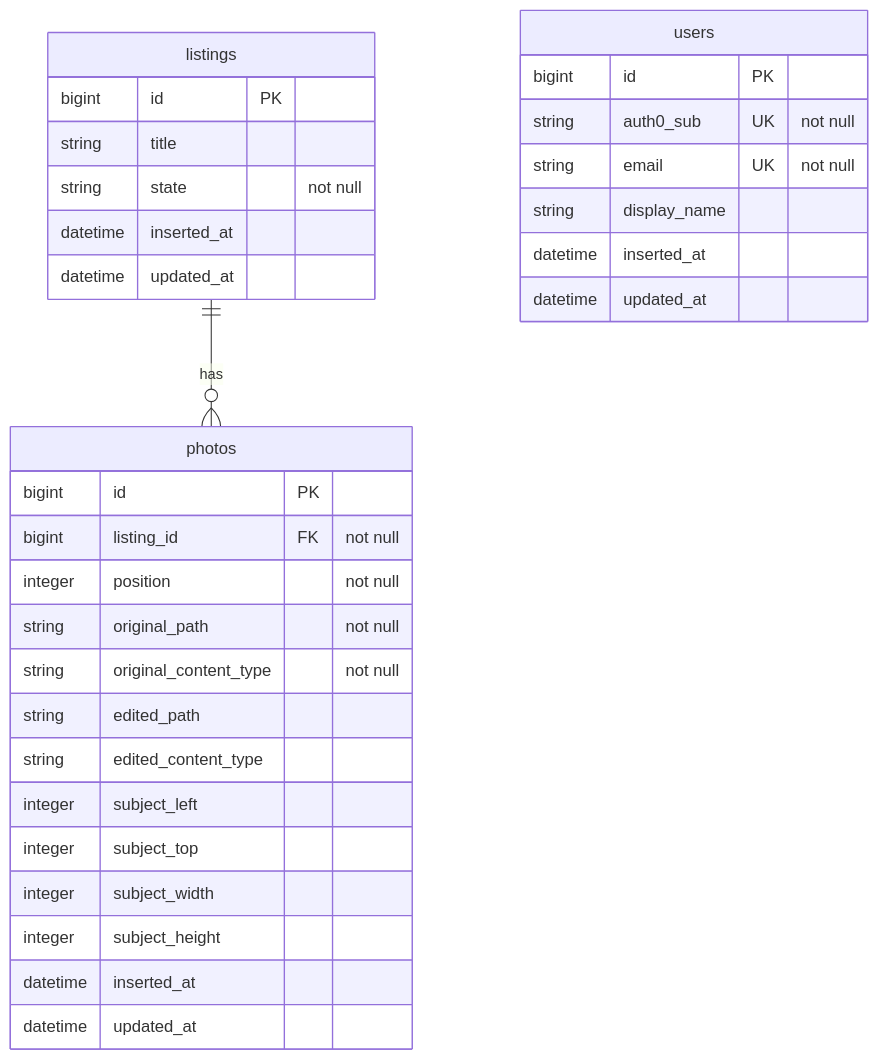
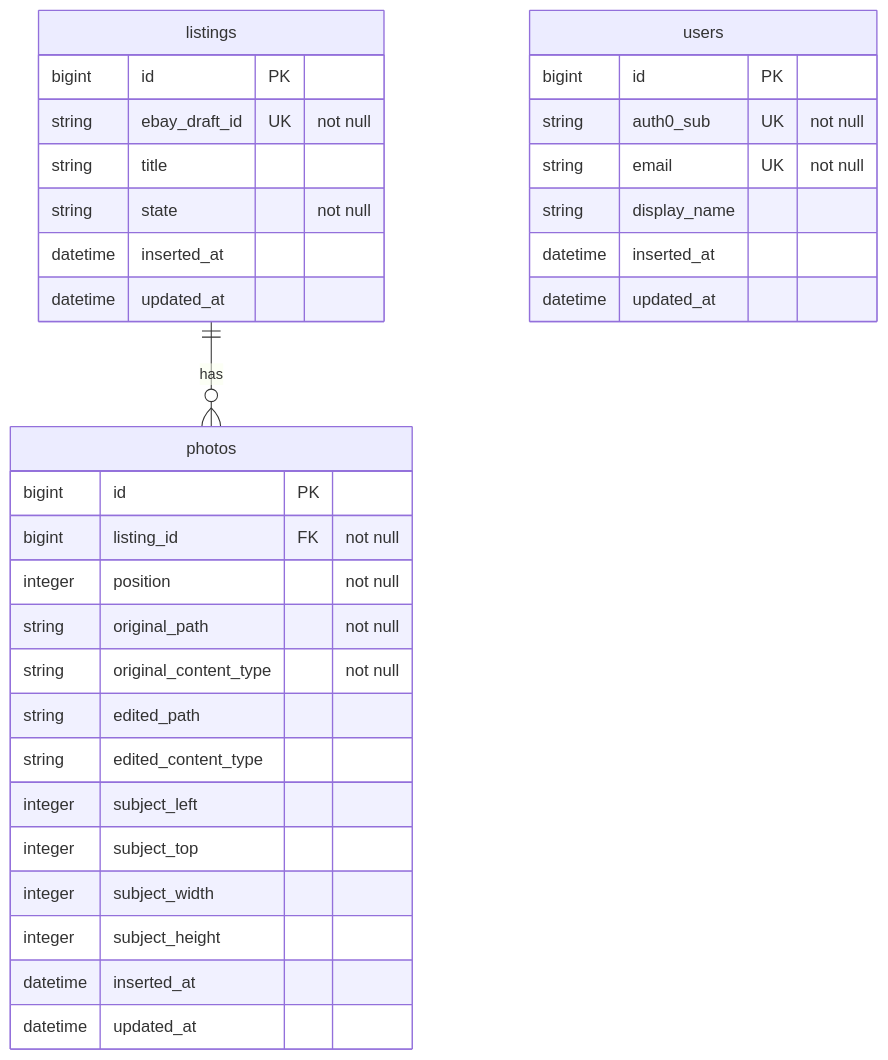
Before and after one commit to dewetblomerus/flipper: the diagram in docs/erd.md, drawn with Mermaid. The commit also changed other lines of this file and 2 other files, not shown here.

Commit message:
Document the draft paste flow and the started state.

````diff
--- a/docs/erd.md
+++ b/docs/erd.md
@@ -7,37 +7,38 @@
 ```mermaid
 erDiagram
     listings ||--o{ photos : has
 
     users {
         bigint id PK
         string auth0_sub UK "not null"
         string email UK "not null"
         string display_name
         datetime inserted_at
         datetime updated_at
     }
 
     listings {
         bigint id PK
+        string ebay_draft_id UK "not null"
         string title
         string state "not null"
         datetime inserted_at
         datetime updated_at
     }
 
     photos {
         bigint id PK
         bigint listing_id FK "not null"
         integer position "not null"
         string original_path "not null"
         string original_content_type "not null"
         string edited_path
         string edited_content_type
         integer subject_left
         integer subject_top
         integer subject_width
         integer subject_height
         datetime inserted_at
         datetime updated_at
     }
 ```
````
